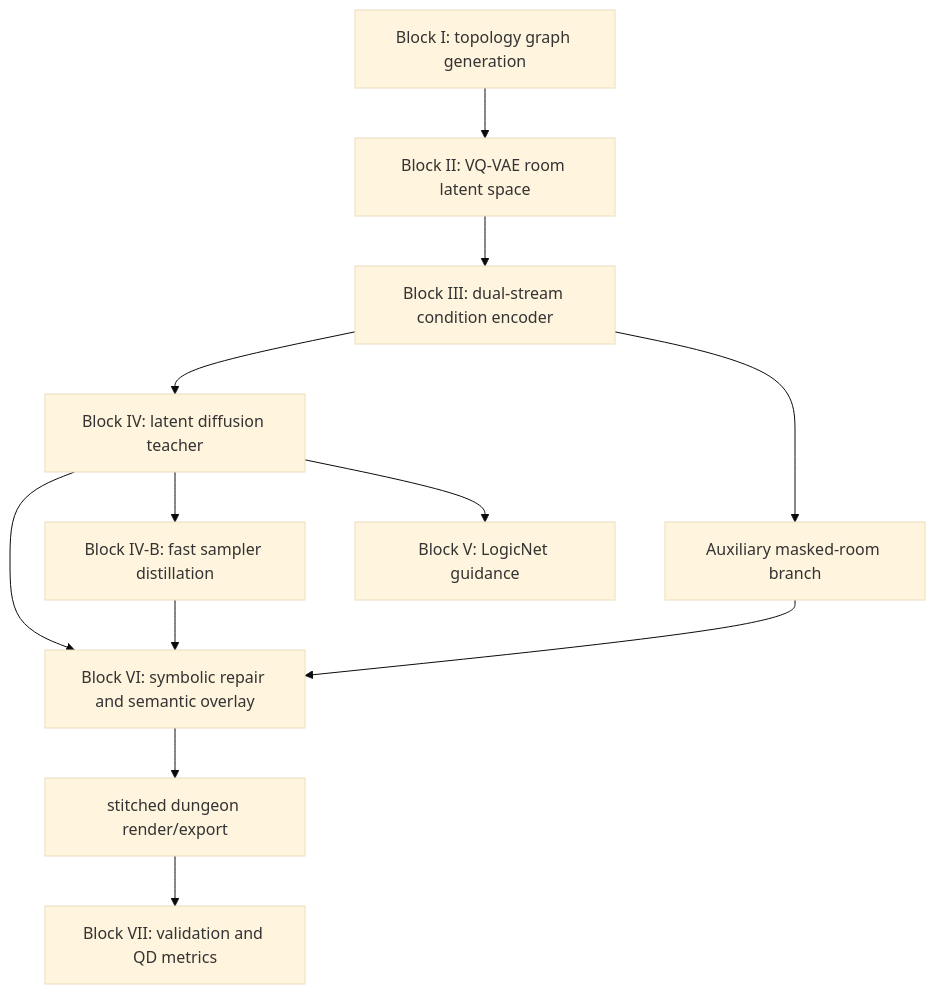
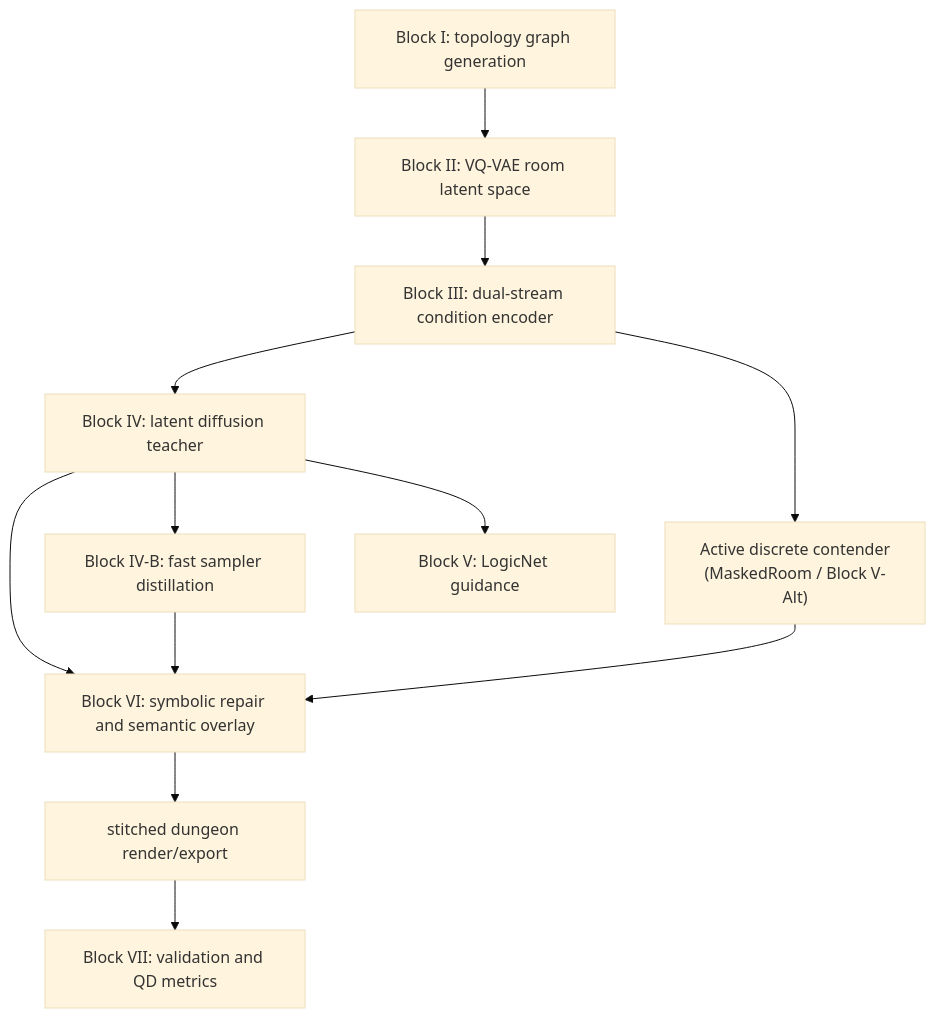
The first of 2 diagrams in docs/CANONICAL_MODEL_RATIONALE_ABLATION_AND_COMPLEXITY_GUIDE.md (minhphuc477/KLTN), drawn with Mermaid (base theme) before and after one commit. The commit also changed other lines of this file and 329 other files, not shown here.

````diff
--- a/docs/CANONICAL_MODEL_RATIONALE_ABLATION_AND_COMPLEXITY_GUIDE.md
+++ b/docs/CANONICAL_MODEL_RATIONALE_ABLATION_AND_COMPLEXITY_GUIDE.md
@@ -132,14 +124,14 @@
 ```mermaid
 flowchart TD
     A[Block I: topology graph generation] --> B[Block II: VQ-VAE room latent space]
     B --> C[Block III: dual-stream condition encoder]
     C --> D[Block IV: latent diffusion teacher]
     D --> E[Block IV-B: fast sampler distillation]
-    C --> F[Auxiliary masked-room branch]
+    C --> F["Active discrete contender<br/>(MaskedRoom / Block V-Alt)"]
     D --> L[Block V: LogicNet guidance]
     D --> G[Block VI: symbolic repair and semantic overlay]
     E --> G
     F --> G
     G --> H[stitched dungeon render/export]
     H --> I[Block VII: validation and QD metrics]
 ```
````
